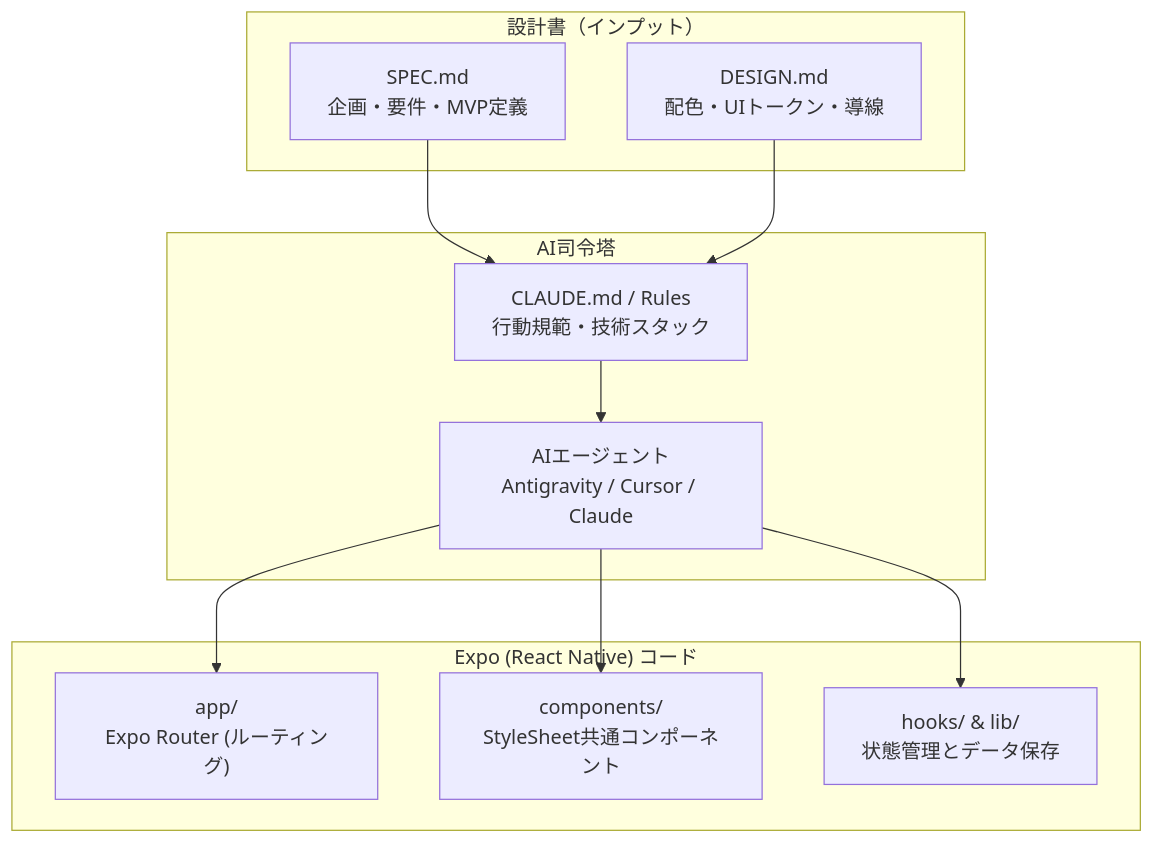
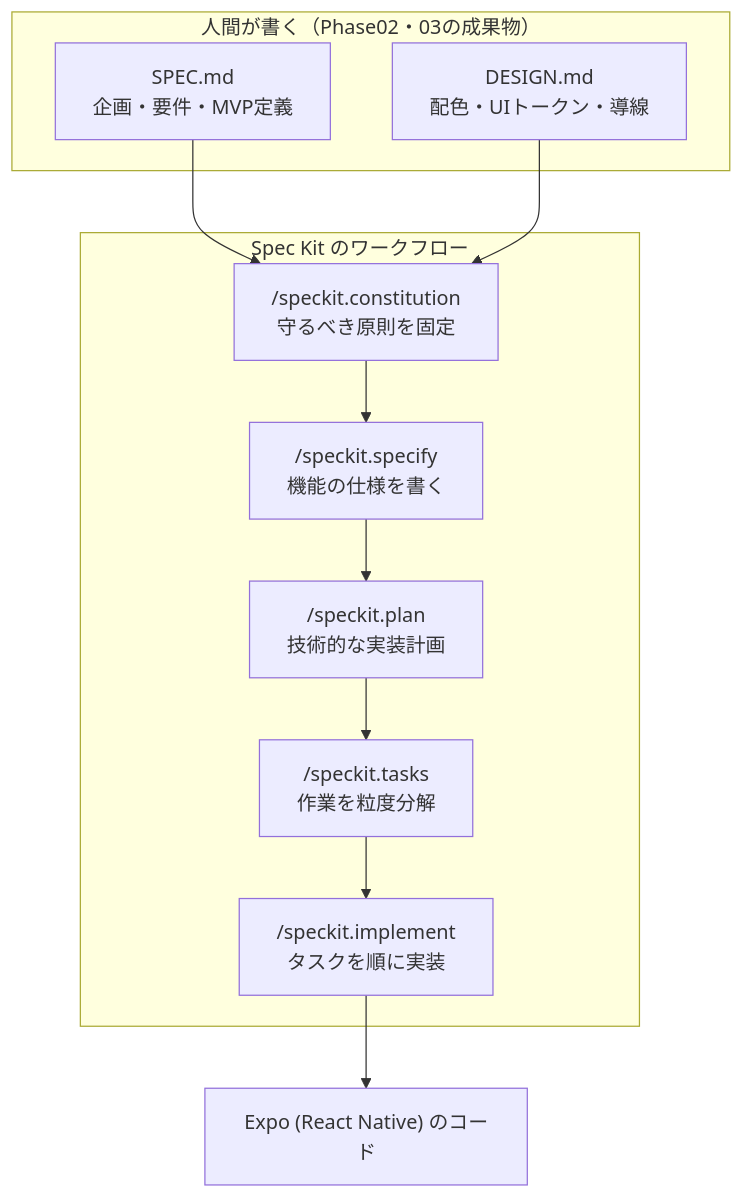
One commit to sangraal123/sangraal123 changed the diagram in googja/src/content/docs/coding/01.md. Above: the diagram before and after it, drawn with Mermaid. The commit also changed other lines of this file and 29 other files, not shown here.

First line of the commit message:
docs(vibecode): 記事の誤りを修正し、Spec Kit 導入とセキュリティ編を追加

````diff
--- a/googja/src/content/docs/coding/01.md
+++ b/googja/src/content/docs/coding/01.md
@@ -38,22 +41,22 @@
 ```mermaid
 flowchart TD
-    subgraph Specifications["設計書（インプット）"]
+    subgraph Inputs["人間が書く（Phase02・03の成果物）"]
         A["SPEC.md<br/>企画・要件・MVP定義"]
         B["DESIGN.md<br/>配色・UIトークン・導線"]
     end
-    subgraph Agent["AI司令塔"]
-        C["CLAUDE.md / Rules<br/>行動規範・技術スタック"]
-        D["AIエージェント<br/>Antigravity / Cursor / Claude"]
+    subgraph SpecKit["Spec Kit のワークフロー"]
+        C["/speckit.constitution<br/>守るべき原則を固定"]
+        D["/speckit.specify<br/>機能の仕様を書く"]
+        E["/speckit.plan<br/>技術的な実装計画"]
+        F["/speckit.tasks<br/>作業を粒度分解"]
+        G["/speckit.implement<br/>タスクを順に実装"]
     end
-    subgraph Implementation["Expo (React Native) コード"]
-        E["app/<br/>Expo Router (ルーティング)"]
-        F["components/<br/>StyleSheet共通コンポーネント"]
-        G["hooks/ & lib/<br/>状態管理とデータ保存"]
-    end
+    H["Expo (React Native) のコード"]
     A --> C
     B --> C
     C --> D
     D --> E
-    D --> F
-    D --> G
+    E --> F
+    F --> G
+    G --> H
 ```
````
